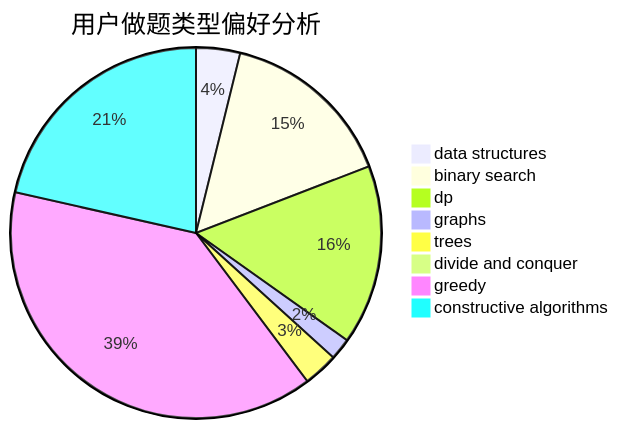
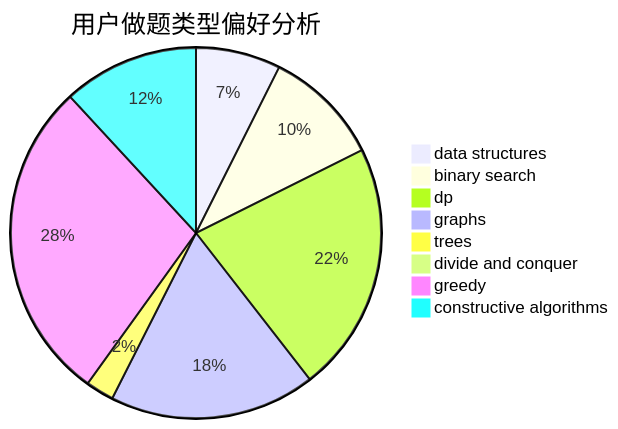
The second of 3 diagrams in docs/user/u828.md (sherpahu/cfrs.github.io), drawn with Mermaid before and after one commit. The commit also changed other lines of this file and 2770 other files, not shown here.

````diff
--- a/docs/user/u828.md
+++ b/docs/user/u828.md
@@ -23,11 +23,11 @@
 ```mermaid
 pie title 用户做题类型偏好分析
-    "data structures" :  71
-    "binary search" :  283
-    "dp" :  290
-    "graphs" :  35
-    "trees" :  56
-    "divide and conquer" :  8
-    "greedy" :  717
-    "constructive algorithms" :  397
+    "data structures" :  63
+    "binary search" :  87
+    "dp" :  186
+    "graphs" :  153
+    "trees" :  21
+    "divide and conquer" :  0
+    "greedy" :  240
+    "constructive algorithms" :  101
 ```
````
